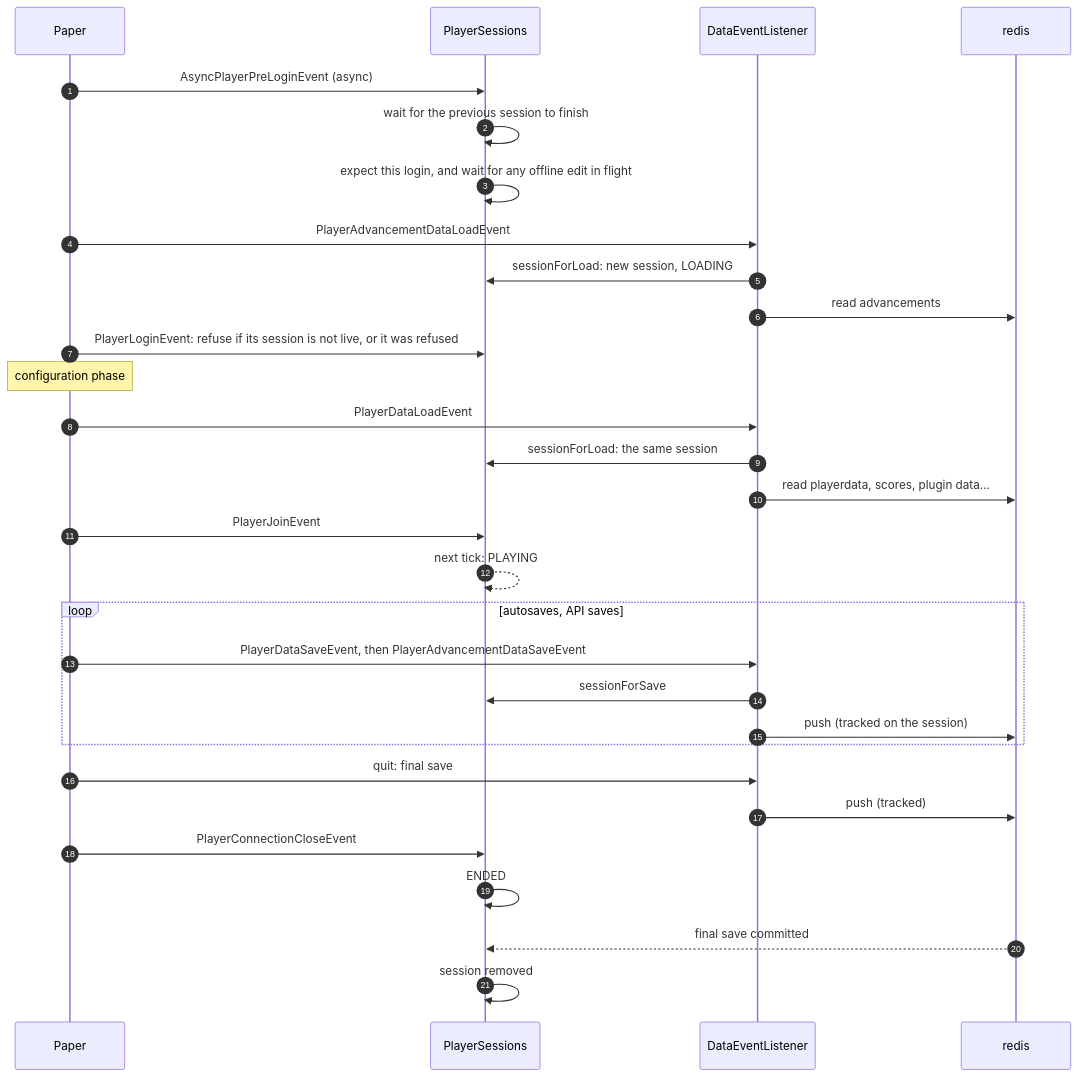
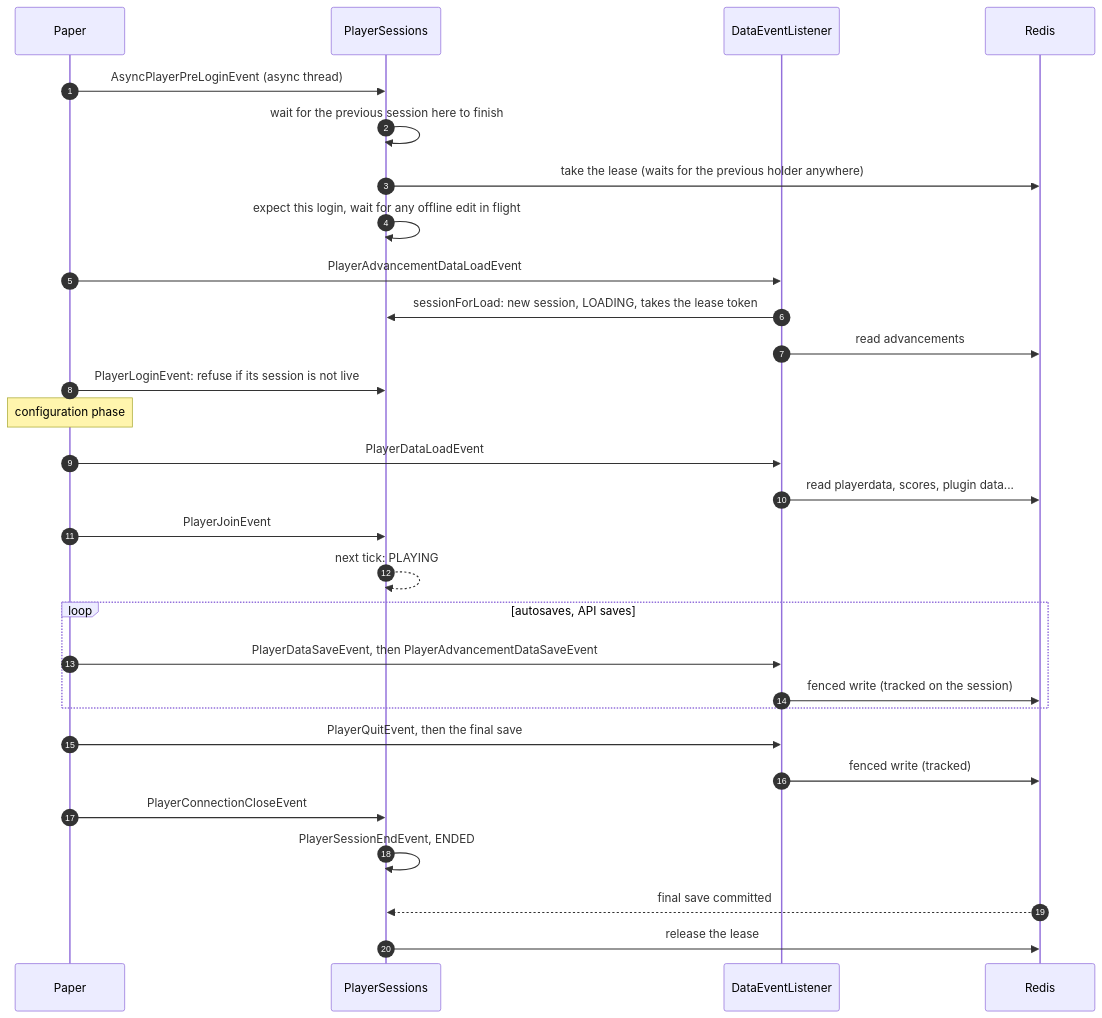
One commit to TeamMonumenta/monumenta-server-management changed the third of 6 diagrams in redis-sync/ARCHITECTURE.md. Above: the diagram before and after it, drawn with Mermaid. The commit also changed other lines of this file and 40 other files, not shown here.

First line of the commit message:
BREAKING: redis-sync: Clean transfers with session leases and proxy-held server switches (#118)

````diff
--- a/redis-sync/ARCHITECTURE.md
+++ b/redis-sync/ARCHITECTURE.md
@@ -128,32 +164,31 @@
 ```mermaid
 sequenceDiagram
     autonumber
     participant P as Paper
     participant S as PlayerSessions
     participant D as DataEventListener
-    participant R as redis
-    P->>S: AsyncPlayerPreLoginEvent (async)
-    S->>S: wait for the previous session to finish
-    S->>S: expect this login, and wait for any offline edit in flight
+    participant R as Redis
+    P->>S: AsyncPlayerPreLoginEvent (async thread)
+    S->>S: wait for the previous session here to finish
+    S->>R: take the lease (waits for the previous holder anywhere)
+    S->>S: expect this login, wait for any offline edit in flight
     P->>D: PlayerAdvancementDataLoadEvent
-    D->>S: sessionForLoad: new session, LOADING
+    D->>S: sessionForLoad: new session, LOADING, takes the lease token
     D->>R: read advancements
-    P->>S: PlayerLoginEvent: refuse if its session is not live, or it was refused
+    P->>S: PlayerLoginEvent: refuse if its session is not live
     Note over P: configuration phase
     P->>D: PlayerDataLoadEvent
-    D->>S: sessionForLoad: the same session
     D->>R: read playerdata, scores, plugin data...
     P->>S: PlayerJoinEvent
     S-->>S: next tick: PLAYING
     loop autosaves, API saves
         P->>D: PlayerDataSaveEvent, then PlayerAdvancementDataSaveEvent
-        D->>S: sessionForSave
-        D->>R: push (tracked on the session)
+        D->>R: fenced write (tracked on the session)
     end
-    P->>D: quit: final save
-    D->>R: push (tracked)
+    P->>D: PlayerQuitEvent, then the final save
+    D->>R: fenced write (tracked)
     P->>S: PlayerConnectionCloseEvent
-    S->>S: ENDED
+    S->>S: PlayerSessionEndEvent, ENDED
     R-->>S: final save committed
-    S->>S: session removed
+    S->>R: release the lease
 ```
````
